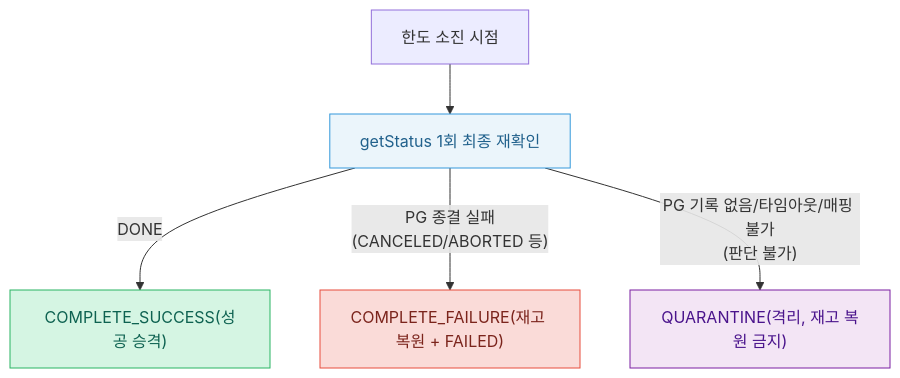
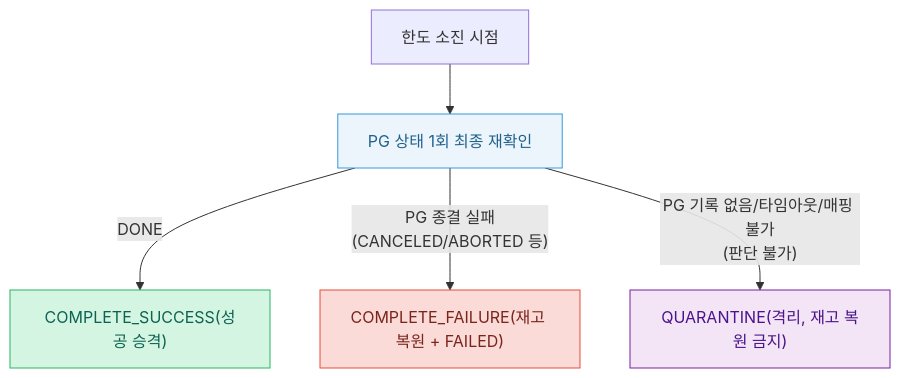
One commit to hyoguoo/hyoguoo.github.io changed the fifth of 10 diagrams in src/content/docs/blog/payment-recovery-state-design.md. Above: the diagram before and after it, drawn with Mermaid. The commit also changed other lines of this file, not shown here.

````diff
--- a/src/content/docs/blog/payment-recovery-state-design.md
+++ b/src/content/docs/blog/payment-recovery-state-design.md
@@ -224,11 +274,11 @@
 ```mermaid
 flowchart TD
     classDef success fill: #D5F5E3, color: #0E6251, stroke: #28B463
     classDef failure fill: #FADBD8, color: #7B241C, stroke: #E74C3C
     classDef quarantine fill: #F3E5F5, color: #4A148C, stroke: #7B1FA2
     classDef action fill: #EBF5FB, color: #21618C, stroke: #3498DB
-    A["한도 소진 시점"] --> B["getStatus 1회 최종 재확인"]:::action
+    A["한도 소진 시점"] --> B["PG 상태 1회 최종 재확인"]:::action
     B -->|" DONE "| C["COMPLETE_SUCCESS(성공 승격)"]:::success
     B -->|" PG 종결 실패\n(CANCELED/ABORTED 등) "| D["COMPLETE_FAILURE(재고 복원 + FAILED)"]:::failure
     B -->|" PG 기록 없음/타임아웃/매핑 불가\n(판단 불가) "| F["QUARANTINE(격리, 재고 복원 금지)"]:::quarantine
 ```
````
